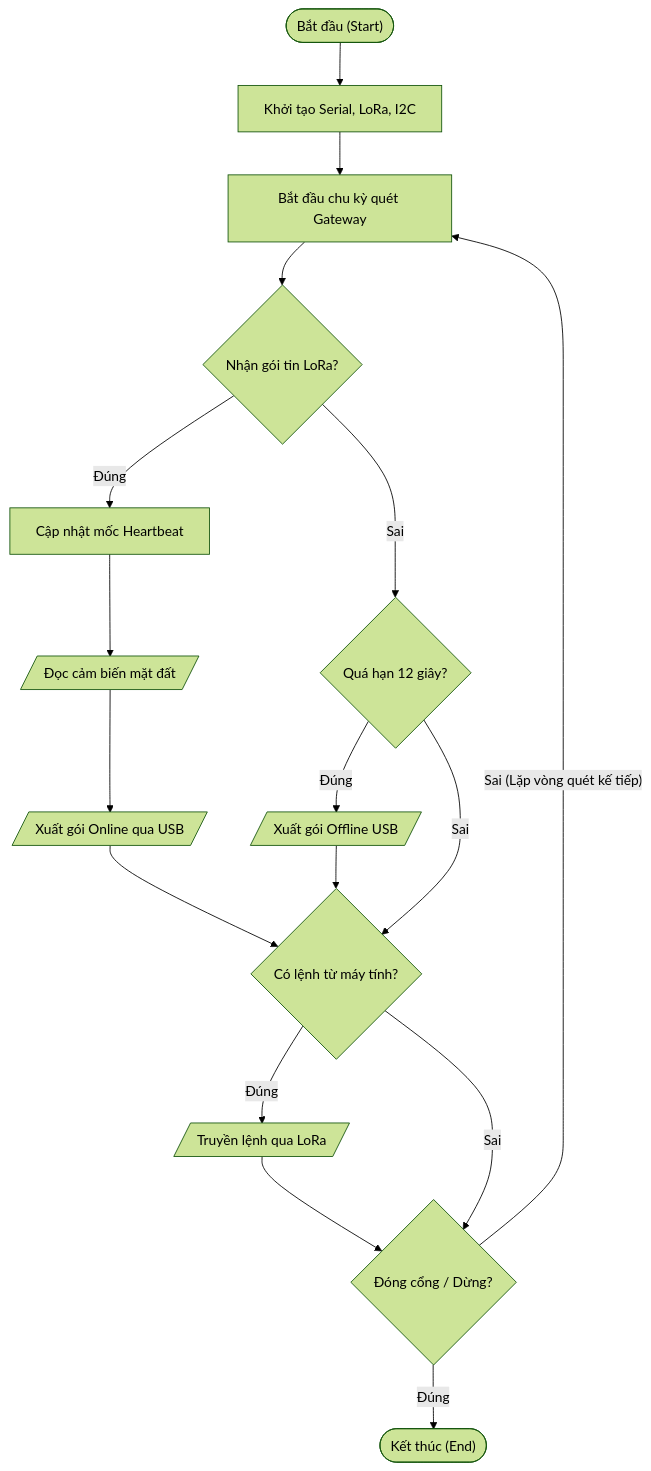
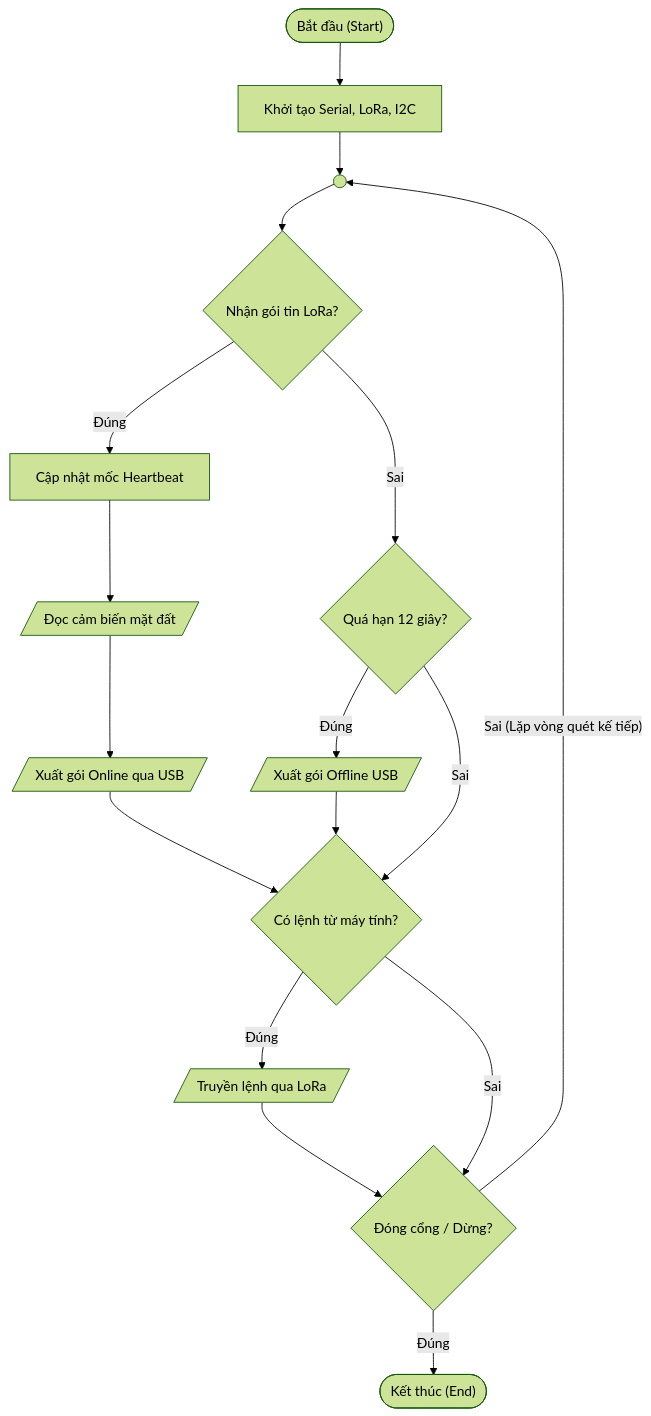
One commit to phllonq/26FA-IA2103-Group5-IOT102-FinalReport changed the third of 4 diagrams in Diagrams/README.md. Above: the diagram before and after it, drawn with Mermaid (forest theme). The commit also changed other lines of this file, not shown here.

First line of the commit message:
Revise diagram descriptions and translations

````diff
--- a/Diagrams/README.md
+++ b/Diagrams/README.md
@@ -96,23 +99,23 @@
 ```mermaid
 flowchart TD
     B1(["Bắt đầu (Start)"]) --> B2["Khởi tạo Serial, LoRa, I2C"]
-    B2 --> B_LOOP["Bắt đầu chu kỳ quét Gateway"]
+    B2 --> B_LOOP(( ))
     B_LOOP --> B3{"Nhận gói tin LoRa?"}
 
     B3 -->|"Đúng"| B4["Cập nhật mốc Heartbeat"]
     B4 --> B5[/"Đọc cảm biến mặt đất"/]
     B5 --> B6[/"Xuất gói Online qua USB"/]
     B6 --> B7{"Có lệnh từ máy tính?"}
 
     B3 -->|"Sai"| B3_TM{"Quá hạn 12 giây?"}
     B3_TM -->|"Đúng"| B3_OUT[/"Xuất gói Offline USB"/]
     B3_OUT --> B7
     B3_TM -->|"Sai"| B7
 
     B7 -->|"Đúng"| B8[/"Truyền lệnh qua LoRa"/]
     B8 --> B9{"Đóng cổng / Dừng?"}
     B7 -->|"Sai"| B9
 
     B9 -->|"Sai (Lặp vòng quét kế tiếp)"| B_LOOP
     B9 -->|"Đúng"| B10(["Kết thúc (End)"])
 ```
````
